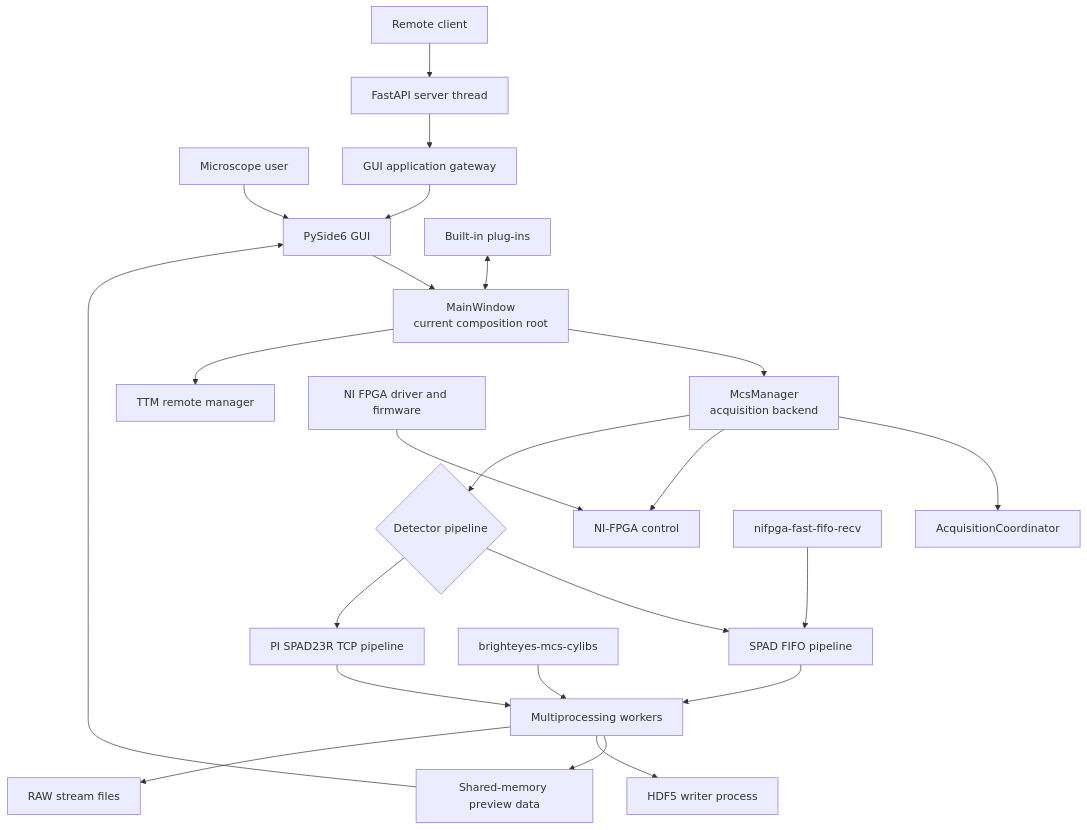
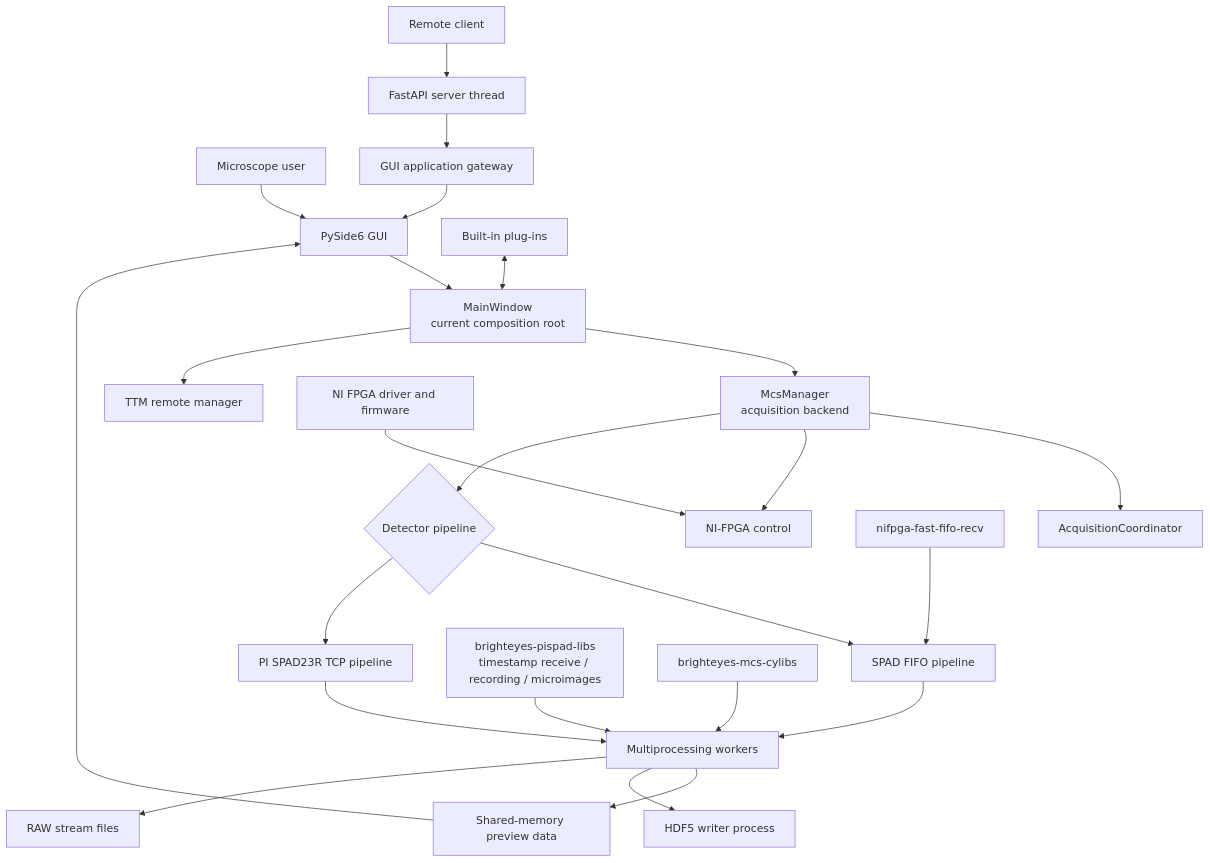
One commit to VicidominiLab/BrightEyes-MCS changed the first of 3 diagrams in docs/current-architecture.md. Above: the diagram before and after it, drawn with Mermaid. The commit also changed 15 other files, not shown here.

Commit message:
first test with pispad-libs

````diff
--- a/docs/current-architecture.md
+++ b/docs/current-architecture.md
@@ -14,30 +14,31 @@
 ```mermaid
 flowchart TB
     User[Microscope user] --> Qt[PySide6 GUI]
     Remote[Remote client] --> REST[FastAPI server thread]
     REST --> Gateway[GUI application gateway]
     Gateway --> Qt
 
     Qt --> Main[MainWindow<br/>current composition root]
     Plugins[Built-in plug-ins] <--> Main
     Main --> Manager[McsManager<br/>acquisition backend]
     Main --> TTM[TTM remote manager]
 
     Manager --> Coordinator[AcquisitionCoordinator]
     Manager --> Hardware[NI-FPGA control]
     Manager --> Detector{Detector pipeline}
 
     Detector --> SPAD[SPAD FIFO pipeline]
     Detector --> PISPAD23[PI SPAD23R TCP pipeline]
     SPAD --> Workers[Multiprocessing workers]
     PISPAD23 --> Workers
+    PiTimestamp[brighteyes-pispad-libs<br/>timestamp receive / recording / microimages] --> Workers
 
     Workers --> Shared[Shared-memory preview data]
     Shared --> Qt
     Workers --> H5[HDF5 writer process]
     Workers --> RAW[RAW stream files]
 
     Cython[brighteyes-mcs-cylibs] --> Workers
     RustFIFO[nifpga-fast-fifo-recv] --> SPAD
     NIDriver[NI FPGA driver and firmware] --> Hardware
 ```
````
